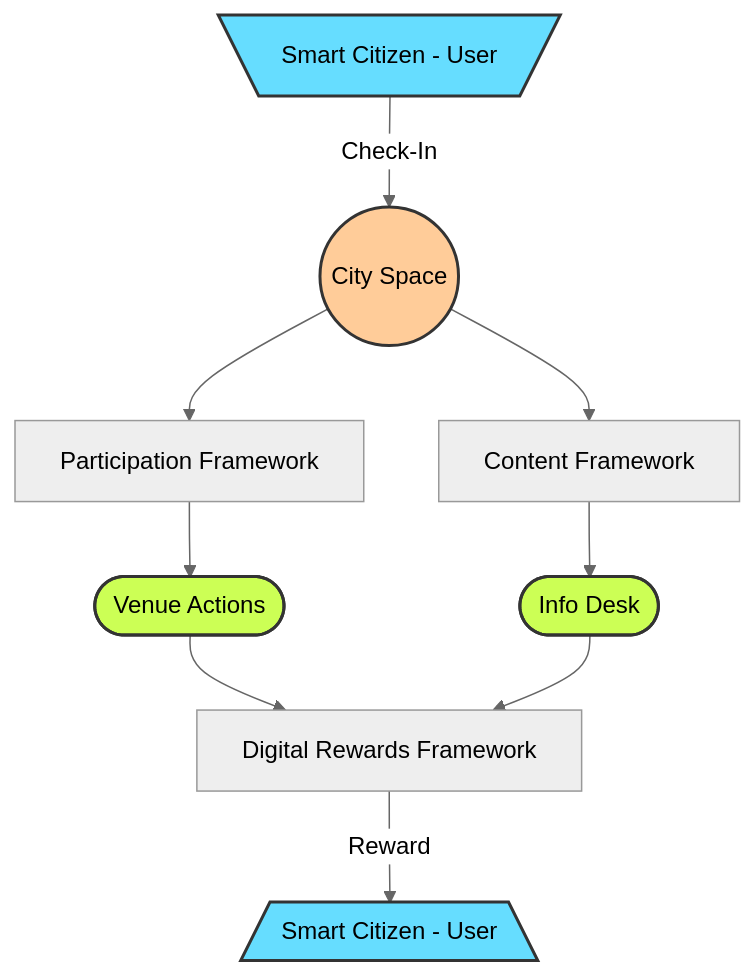
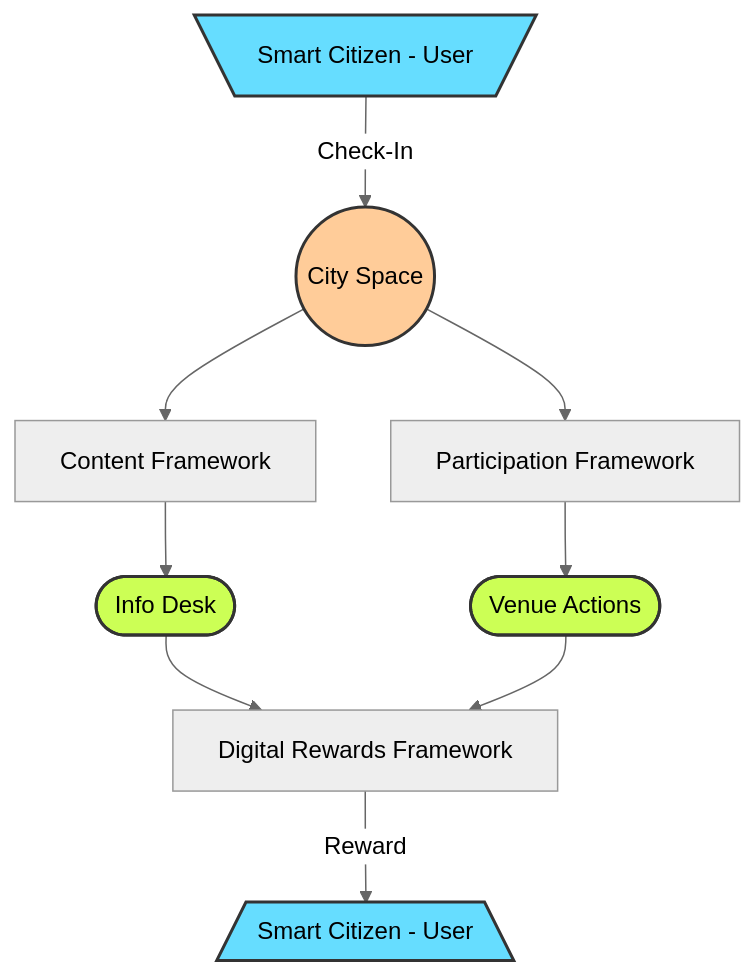
Before and after one commit to cityos-work/cityos-dev: the diagram in pages/roadmap.md, drawn with Mermaid (neutral theme).

````diff
--- a/pages/roadmap.md
+++ b/pages/roadmap.md
@@ -67,16 +67,16 @@
 ```mermaid
 graph TB;
     USER[\Smart Citizen - User/]-- Check-In -->SPACE((City Space));
     SPACE-->CONTENT[Content Framework];
     SPACE-->PARTICIPATION[Participation Framework];
+    CONTENT-->INFO([Info Desk]);
     PARTICIPATION-->ACTIONS([Venue Actions]);
-    CONTENT-->INFO([Info Desk]);
-    ACTIONS-->REWARDFRAMEWORK[Digital Rewards Framework];
-    INFO-->REWARDFRAMEWORK;
+    INFO-->REWARDFRAMEWORK[Digital Rewards Framework];
+    ACTIONS-->REWARDFRAMEWORK;
     REWARDFRAMEWORK-- Reward -->REWARDEDUSER[/Smart Citizen - User\];
     style USER fill:#6df,stroke:#333,stroke-width:2px
     style REWARDEDUSER fill:#6df,stroke:#333,stroke-width:2px
     style SPACE fill:#fc9,stroke:#333,stroke-width:2px
     style INFO fill:#CF5, stroke:#333,stroke-width:2px
     style ACTIONS fill:#CF5, stroke:#333,stroke-width:2px 
 ```
````
